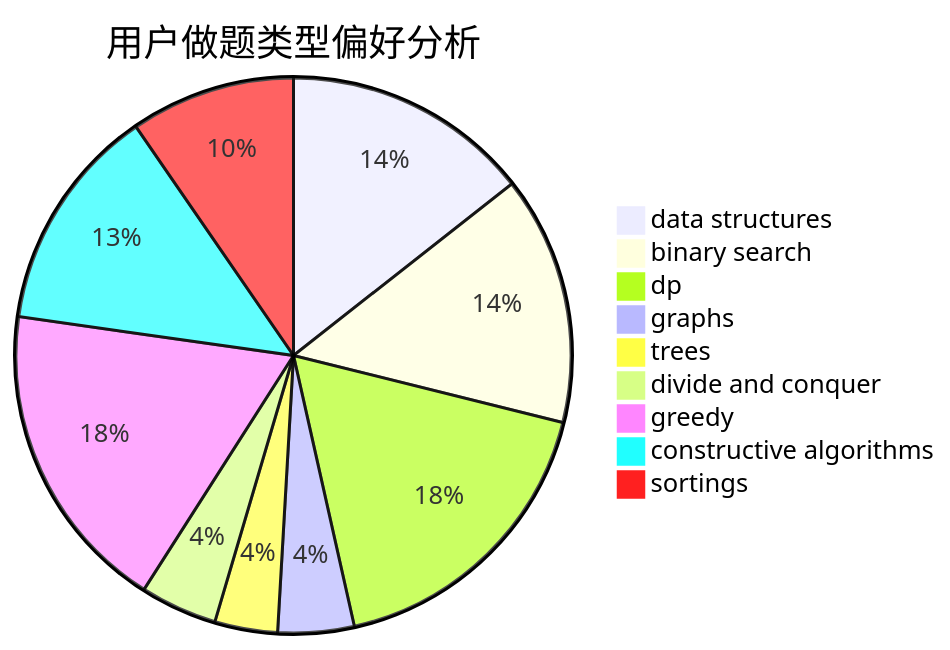
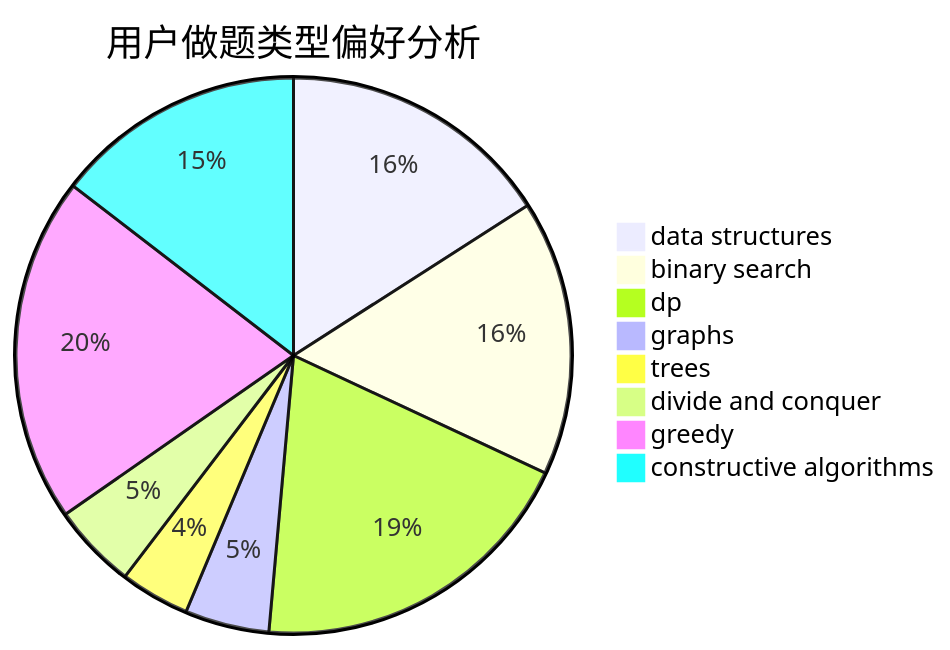
Before and after one commit to sherpahu/cfrs.github.io: the second of 3 diagrams in docs/user/u77.md, drawn with Mermaid. The commit also changed other lines of this file and 2769 other files, not shown here.

````diff
--- a/docs/user/u77.md
+++ b/docs/user/u77.md
@@ -18,12 +18,11 @@
 ```mermaid
 pie title 用户做题类型偏好分析
     "data structures" :  315
     "binary search" :  317
     "dp" :  385
     "graphs" :  97
     "trees" :  80
     "divide and conquer" :  98
     "greedy" :  398
     "constructive algorithms" :  288
-    "sortings" :  210
 ```
````
